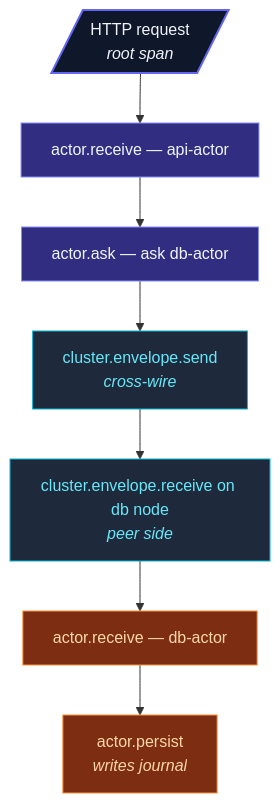
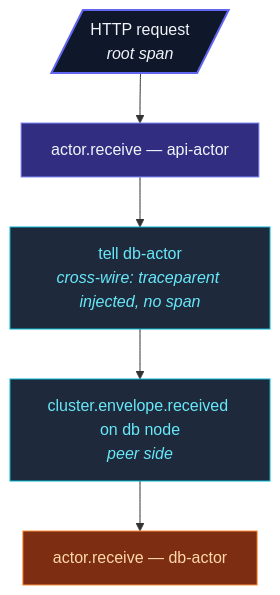
The diagram in docs/src/content/docs/observability/tracing/actor-tracing.mdx (pathosDev/actor-ts), drawn with Mermaid before and after one commit. The commit also changed other lines of this file and 181 other files, not shown here.

````diff
--- a/docs/src/content/docs/observability/tracing/actor-tracing.mdx
+++ b/docs/src/content/docs/observability/tracing/actor-tracing.mdx
@@ -25,20 +22,18 @@
 ```mermaid
 flowchart TB
   R[/"HTTP request<br/><i>root span</i>"/]
   API["actor.receive — api-actor"]
-  ASK["actor.ask — ask db-actor"]
-  SEND["cluster.envelope.send<br/><i>cross-wire</i>"]
-  RECV["cluster.envelope.receive on db node<br/><i>peer side</i>"]
+  TELL["tell db-actor<br/><i>cross-wire: traceparent injected, no span</i>"]
+  RECV["cluster.envelope.received on db node<br/><i>peer side</i>"]
   DB["actor.receive — db-actor"]
-  PERSIST["actor.persist<br/><i>writes journal</i>"]
-  R --> API --> ASK
-  ASK --> SEND --> RECV --> DB --> PERSIST
+  R --> API --> TELL
+  TELL --> RECV --> DB
   classDef root fill:#0f172a,stroke:#6366f1,stroke-width:2px,color:#f1f5f9;
   classDef api  fill:#312e81,stroke:#818cf8,color:#f1f5f9;
   classDef wire fill:#1e293b,stroke:#06b6d4,color:#67e8f9;
   classDef db   fill:#7c2d12,stroke:#fb923c,color:#fed7aa;
   class R root
-  class API,ASK api
-  class SEND,RECV wire
-  class DB,PERSIST db
+  class API api
+  class TELL,RECV wire
+  class DB db
 ```
````
